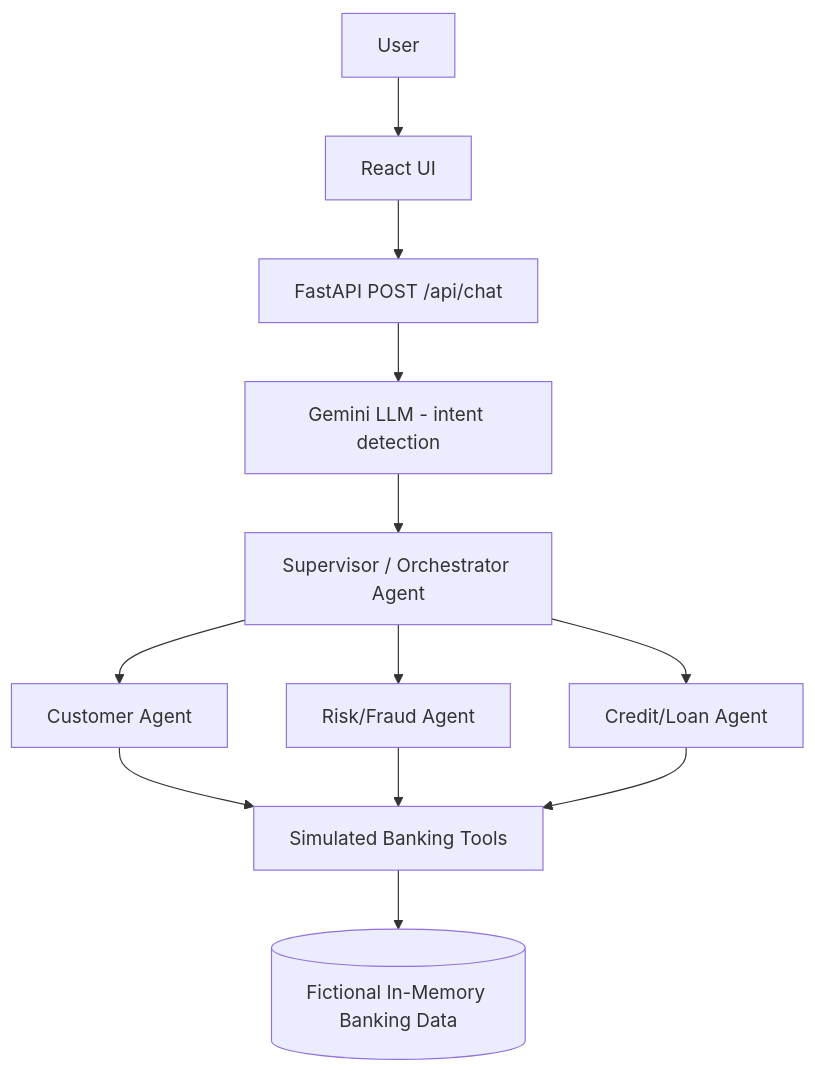
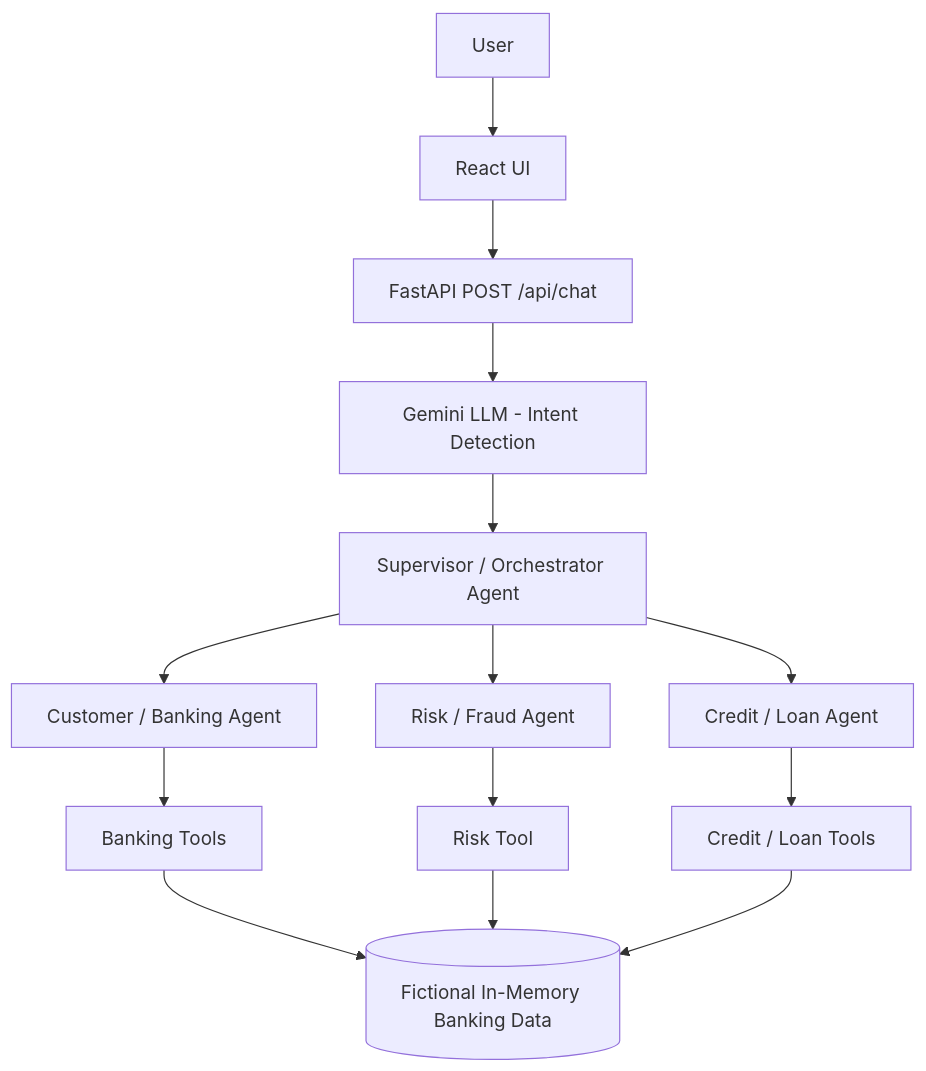
One commit to gowsi12303/Multi-Agent-Banking-MVP changed the diagram in README.md. Above: the diagram before and after it, drawn with Mermaid. The commit also changed other lines of this file, not shown here.

````diff
--- a/README.md
+++ b/README.md
@@ -24,14 +36,19 @@
 ```mermaid
 flowchart TD
     U[User] --> UI[React UI]
     UI --> API["FastAPI POST /api/chat"]
-    API --> LLM["Gemini LLM - intent detection"]
+    API --> LLM["Gemini LLM - Intent Detection"]
     LLM --> SUP[Supervisor / Orchestrator Agent]
-    SUP --> CA[Customer Agent]
-    SUP --> RA[Risk/Fraud Agent]
-    SUP --> LA[Credit/Loan Agent]
-    CA --> T[Simulated Banking Tools]
-    RA --> T
-    LA --> T
-    T --> D[(Fictional In-Memory Banking Data)]
+
+    SUP --> CA[Customer / Banking Agent]
+    SUP --> RA[Risk / Fraud Agent]
+    SUP --> LA[Credit / Loan Agent]
+
+    CA --> BT[Banking Tools]
+    RA --> RT[Risk Tool]
+    LA --> CT[Credit / Loan Tools]
+
+    BT --> D[(Fictional In-Memory Banking Data)]
+    RT --> D
+    CT --> D
 ```
````
